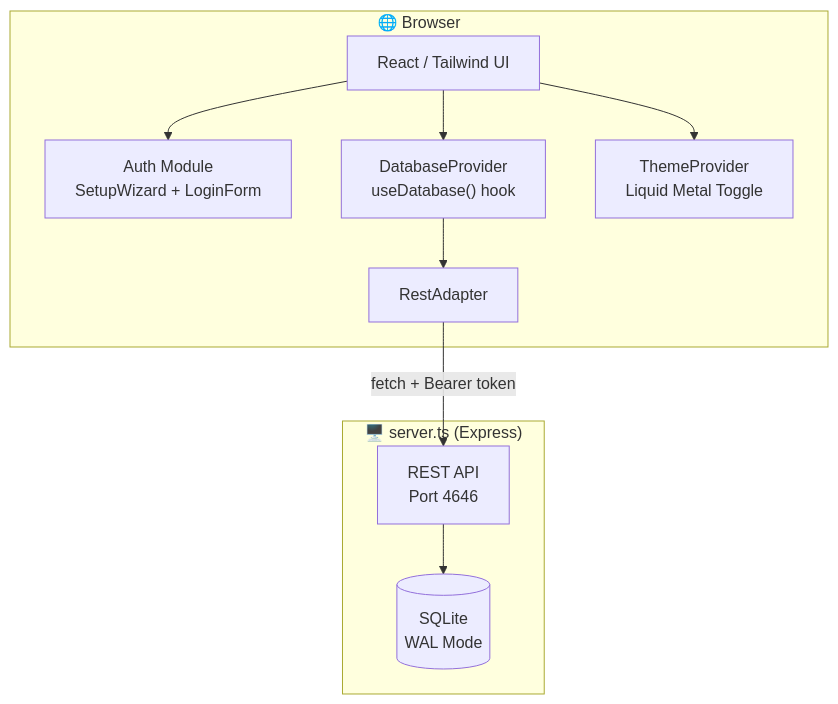
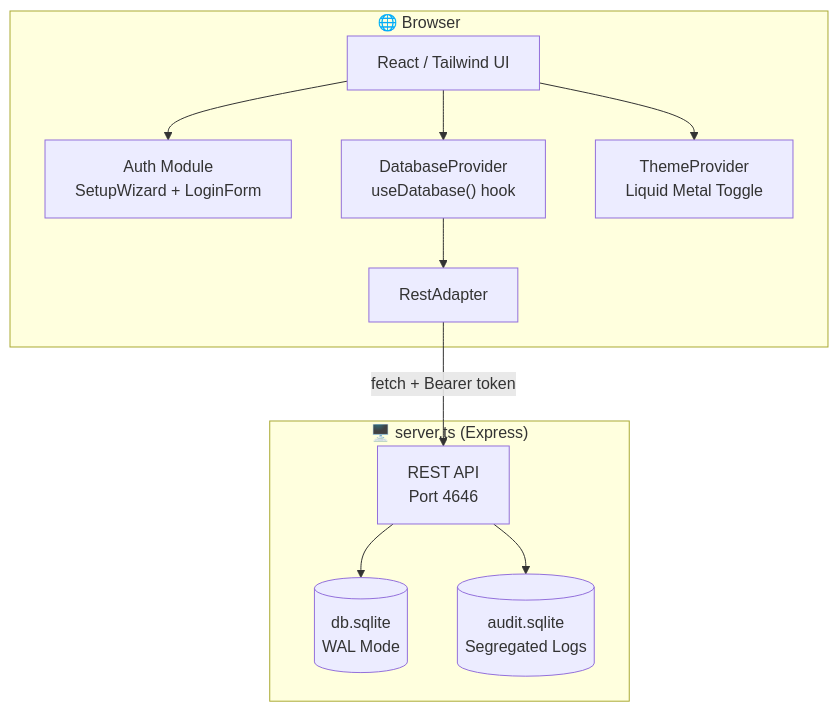
The diagram in README.md (ClawStackStudios/ClawChives), drawn with Mermaid before and after one commit. The commit also changed other lines of this file and 23 other files, not shown here.

````diff
--- a/README.md
+++ b/README.md
@@ -72,22 +74,24 @@
 ```mermaid
 graph TD
     subgraph Client ["🌐 Browser"]
         UI[React / Tailwind UI]
         Auth["Auth Module<br/>SetupWizard + LoginForm"]
         Provider["DatabaseProvider<br/>useDatabase() hook"]
         REST[RestAdapter]
         Theme[ThemeProvider<br/>Liquid Metal Toggle]
     end
 
     subgraph Server ["🖥️ server.ts (Express)"]
         API["REST API<br/>Port 4646"]
-        DB[(SQLite<br/>WAL Mode)]
+        DB[(db.sqlite<br/>WAL Mode)]
+        AUDIT[(audit.sqlite<br/>Segregated Logs)]
     end
 
     UI --> Auth
     UI --> Theme
     UI --> Provider
     Provider --> REST
     REST -->|"fetch + Bearer token"| API
     API --> DB
+    API --> AUDIT
 ```
````
